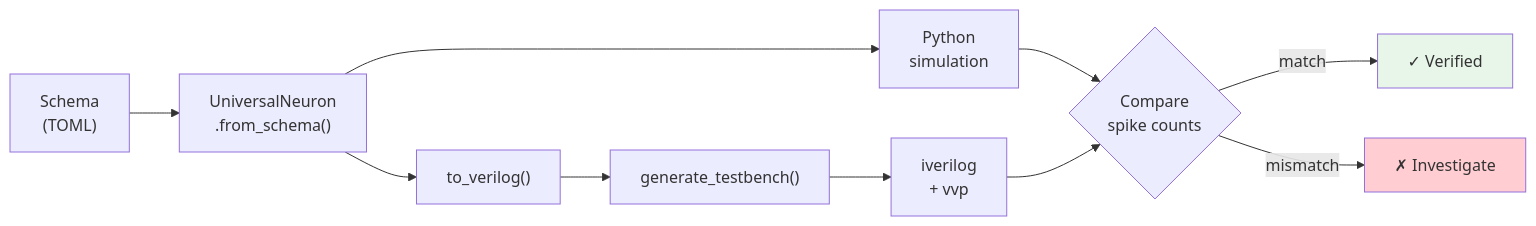
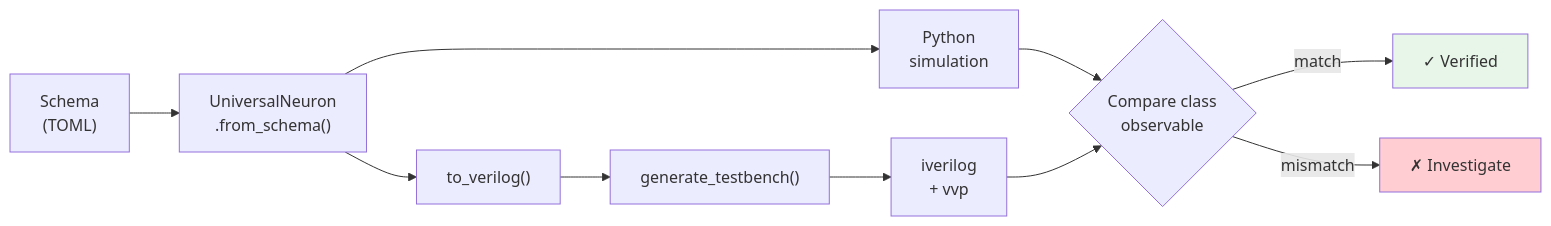
One commit to anulum/sc-neurocore changed the diagram in docs/guides/cosimulation_guide.md. Above: the diagram before and after it, drawn with Mermaid. The commit also changed other lines of this file and 17 other files, not shown here.

````diff
--- a/docs/guides/cosimulation_guide.md
+++ b/docs/guides/cosimulation_guide.md
@@ -23,15 +25,15 @@
 ```mermaid
 flowchart LR
     A["Schema<br/>(TOML)"] --> B["UniversalNeuron<br/>.from_schema()"]
     B --> C["Python<br/>simulation"]
     B --> D["to_verilog()"]
     D --> E["generate_testbench()"]
     E --> F["iverilog<br/>+ vvp"]
-    C --> G{"Compare<br/>spike counts"}
+    C --> G{"Compare class<br/>observable"}
     F --> G
     G -->|match| H["✓ Verified"]
     G -->|mismatch| I["✗ Investigate"]
 
     style H fill:#e8f5e9
     style I fill:#ffcdd2
 ```
````
